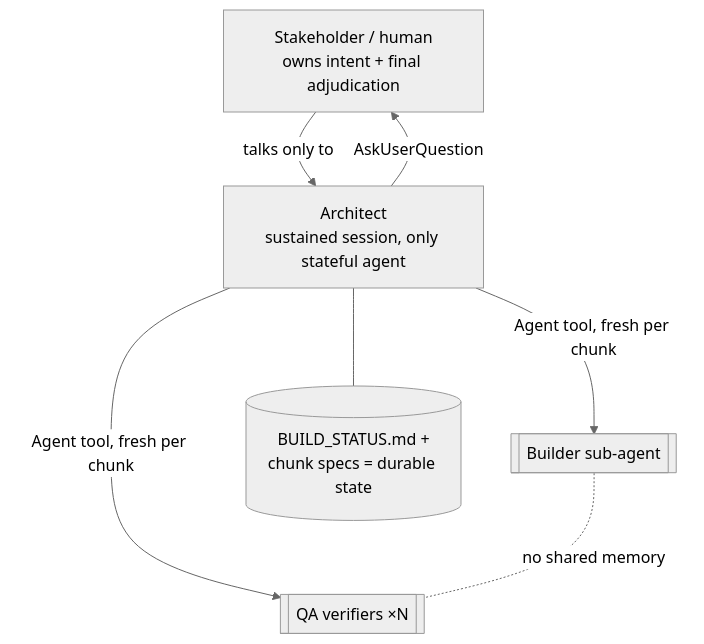
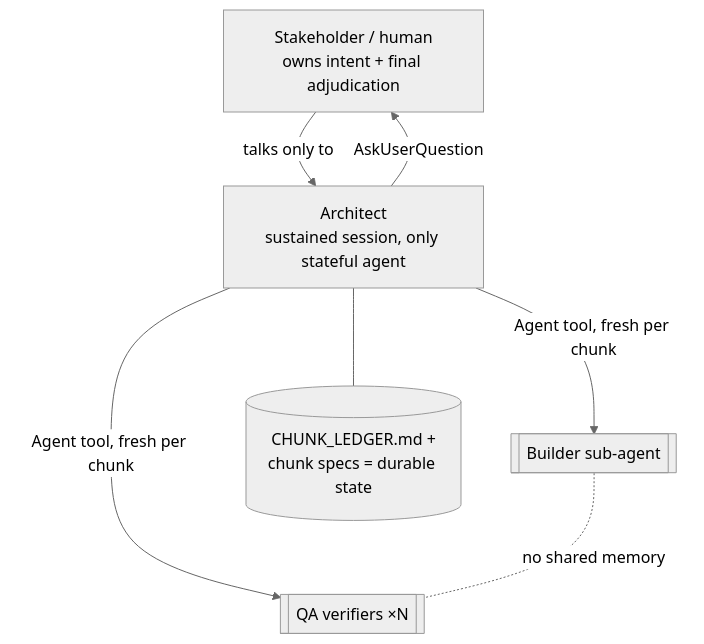
The second of 2 diagrams in docs/MABP_PROCESS_DIAGRAM.md (saifgithub/DeliveryOS), drawn with Mermaid (neutral theme) before and after one commit. The commit also changed other lines of this file and 12 other files, not shown here.

First line of the commit message:
Split BUILD_STATUS.md by write-pattern: ledger, register, log

````diff
--- a/docs/MABP_PROCESS_DIAGRAM.md
+++ b/docs/MABP_PROCESS_DIAGRAM.md
@@ -45,10 +45,10 @@
 ```mermaid
 flowchart TD
     SH[Stakeholder / human<br/>owns intent + final adjudication]
     SH -->|talks only to| AR[Architect<br/>sustained session, only stateful agent]
     AR -->|AskUserQuestion| SH
     AR -->|Agent tool, fresh per chunk| BD[[Builder sub-agent]]
     AR -->|Agent tool, fresh per chunk| QA[[QA verifiers ×N]]
     BD -.no shared memory.- QA
-    AR --- ST[(BUILD_STATUS.md +<br/>chunk specs = durable state)]
+    AR --- ST[(CHUNK_LEDGER.md +<br/>chunk specs = durable state)]
 ```
````
